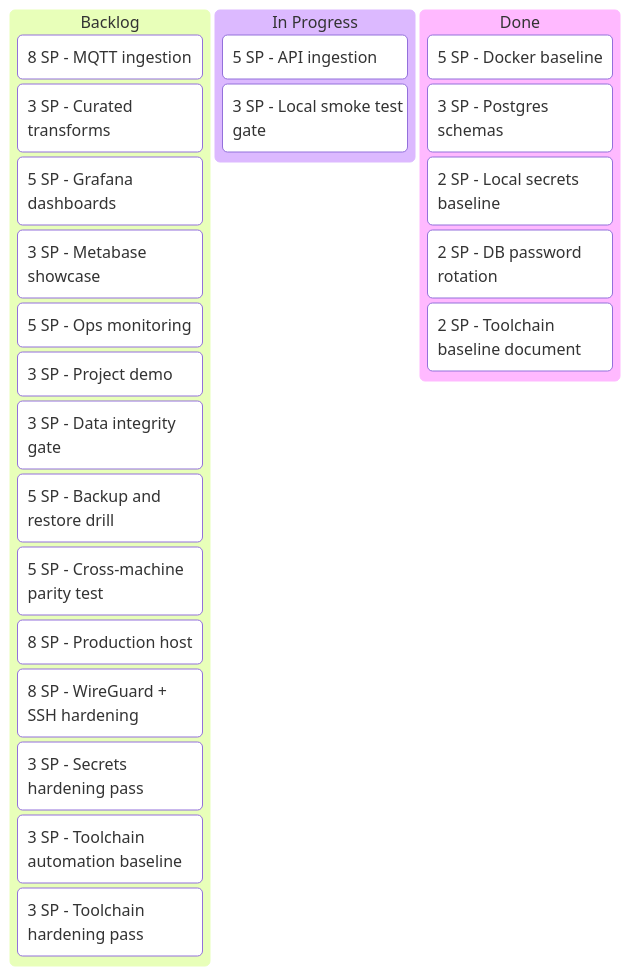
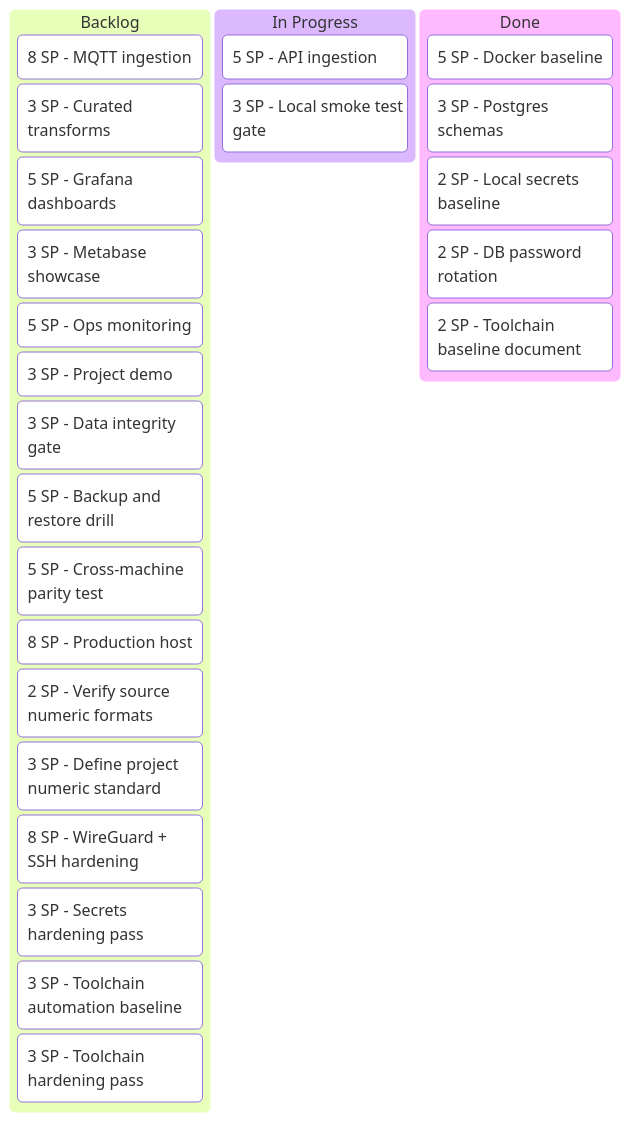
Before and after one commit to EnTekLasse/commons-anchor: the diagram in docs/architecture/diagrams/project-kanban.mmd, drawn with Mermaid. The commit also changed 13 other files, not shown here.

```diff
--- a/docs/architecture/diagrams/project-kanban.mmd
+++ b/docs/architecture/diagrams/project-kanban.mmd
@@ -1,46 +1,50 @@
 %% AUTO-GENERATED FROM docs/architecture/diagram-model.json
 kanban
   Backlog
     [8 SP - MQTT ingestion]
 
     [3 SP - Curated transforms]
 
     [5 SP - Grafana dashboards]
 
     [3 SP - Metabase showcase]
 
     [5 SP - Ops monitoring]
 
     [3 SP - Project demo]
 
     [3 SP - Data integrity gate]
 
     [5 SP - Backup and restore drill]
 
     [5 SP - Cross-machine parity test]
 
     [8 SP - Production host]
+
+    [2 SP - Verify source numeric formats]
+
+    [3 SP - Define project numeric standard]
 
     [8 SP - WireGuard + SSH hardening]
 
     [3 SP - Secrets hardening pass]
 
     [3 SP - Toolchain automation baseline]
 
     [3 SP - Toolchain hardening pass]
 
   [In Progress]
     [5 SP - API ingestion]
 
     [3 SP - Local smoke test gate]
 
   Done
     [5 SP - Docker baseline]
 
     [3 SP - Postgres schemas]
 
     [2 SP - Local secrets baseline]
 
     [2 SP - DB password rotation]
 
     [2 SP - Toolchain baseline document]
```
